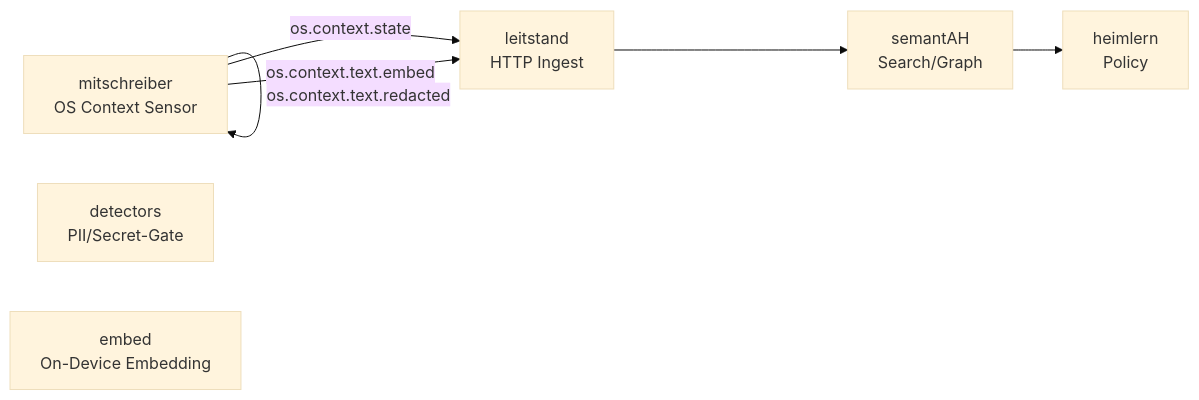
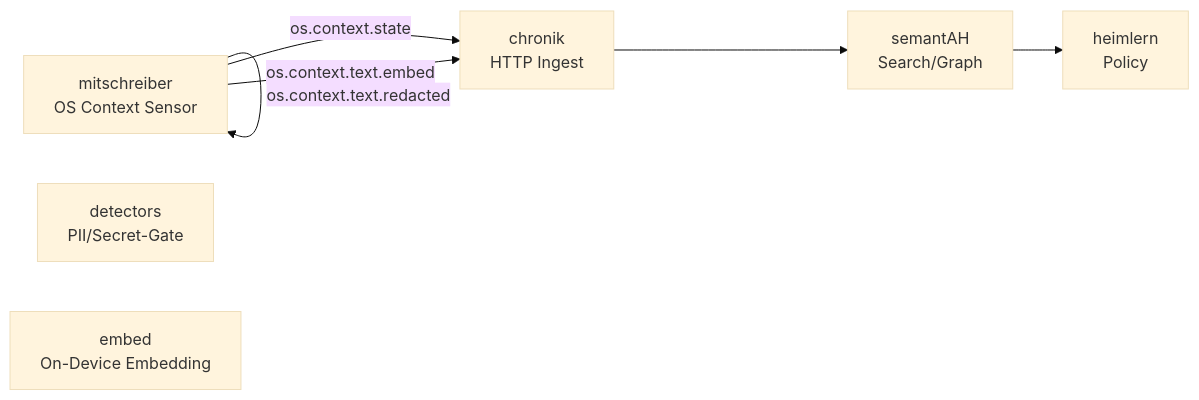
One commit to heimgewebe/mitschreiber changed the diagram in docs/architecture.md. Above: the diagram before and after it, drawn with Mermaid (base theme). The commit also changed other lines of this file and 3 other files, not shown here.

````diff
--- a/docs/architecture.md
+++ b/docs/architecture.md
@@ -5,15 +5,15 @@
 ```mermaid
 flowchart LR
   MITSCH[mitschreiber\nOS Context Sensor]
   DET[detectors\nPII/Secret-Gate]
   EMB[embed\nOn-Device Embedding]
-  SINK[leitstand\nHTTP Ingest]
+  SINK[chronik\nHTTP Ingest]
   SEM[semantAH\nSearch/Graph]
   HLN[heimlern\nPolicy]
 
   MITSCH -- os.context.state --> SINK
   MITSCH -- os.context.text.redacted --> MITSCH
   MITSCH -- os.context.text.embed --> SINK
   SINK --> SEM
   SEM --> HLN
 ```
````
